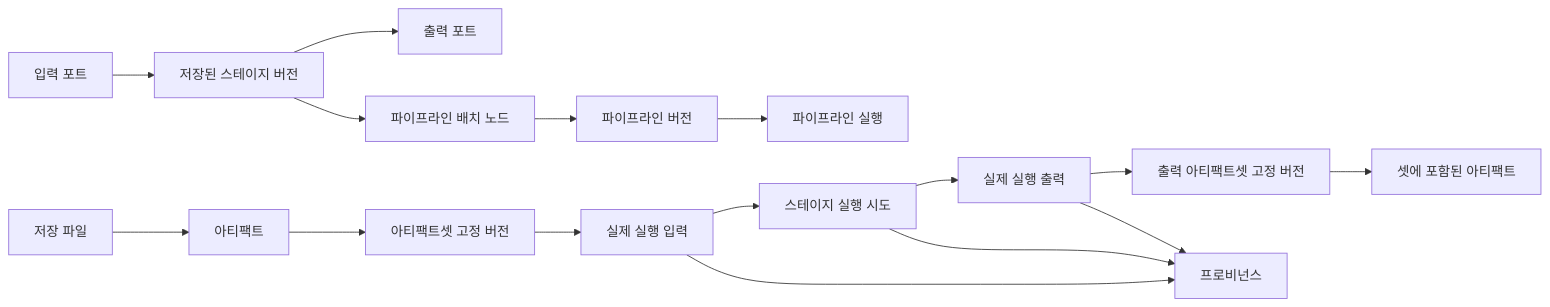
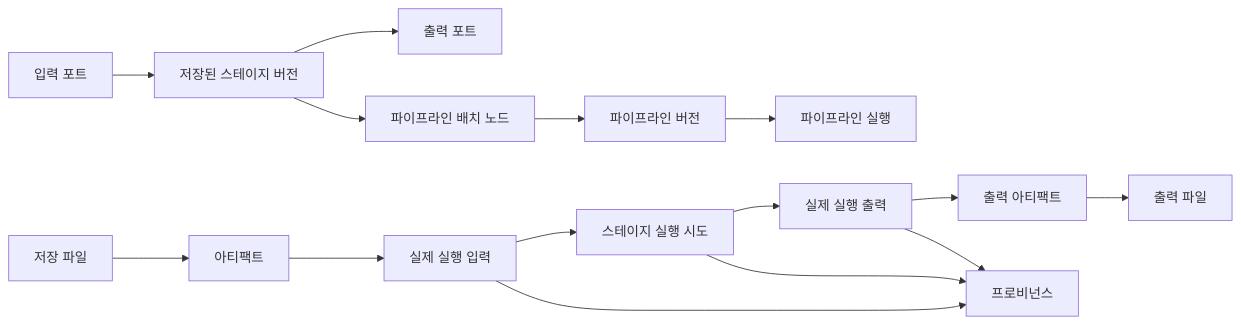
The diagram in doc/plans/execution-pipeline-data-modeling.md (dksworld1/image-ai-platform), drawn with Mermaid before and after one commit. The commit also changed other lines of this file and 32 other files, not shown here.

````diff
--- a/doc/plans/execution-pipeline-data-modeling.md
+++ b/doc/plans/execution-pipeline-data-modeling.md
@@ -53,18 +53,17 @@
 ```mermaid
 flowchart LR
     F[저장 파일] --> A[아티팩트]
-    A --> S[아티팩트셋 고정 버전]
     I[입력 포트] --> ST[저장된 스테이지 버전]
     ST --> O[출력 포트]
     ST --> N[파이프라인 배치 노드]
     N --> P[파이프라인 버전]
     P --> R[파이프라인 실행]
-    S --> RI[실제 실행 입력]
+    A --> RI[실제 실행 입력]
     RI --> T[스테이지 실행 시도]
     T --> RO[실제 실행 출력]
-    RO --> A2[출력 아티팩트셋 고정 버전]
-    A2 --> A3[셋에 포함된 아티팩트]
+    RO --> A2[출력 아티팩트]
+    A2 --> A3[출력 파일]
     RI --> PR[프로비넌스]
     RO --> PR
     T --> PR
 ```
````
